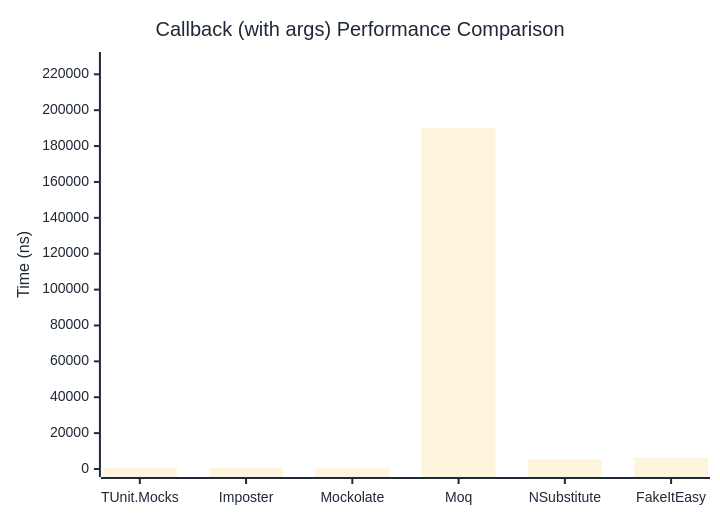
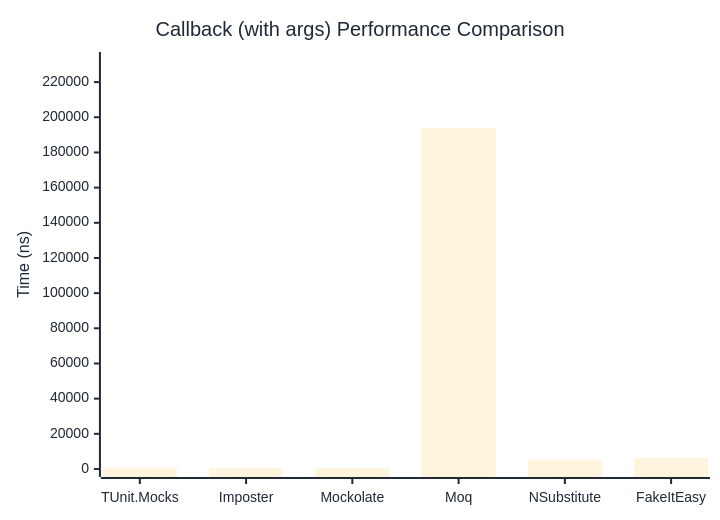
The second of 2 diagrams in docs/docs/benchmarks/mocks/Callback.md (thomhurst/TUnit), drawn with Mermaid before and after one commit. The commit also changed other lines of this file and 14 other files, not shown here.

````diff
--- a/docs/docs/benchmarks/mocks/Callback.md
+++ b/docs/docs/benchmarks/mocks/Callback.md
@@ -71,27 +71,27 @@
 ```mermaid
 %%{init: {
   'theme':'base',
   'themeVariables': {
     'primaryColor': '#2563eb',
     'primaryTextColor': '#1f2937',
     'primaryBorderColor': '#1e40af',
     'lineColor': '#6b7280',
     'secondaryColor': '#7c3aed',
     'tertiaryColor': '#dc2626',
     'background': '#ffffff',
     'pie1': '#2563eb',
     'pie2': '#7c3aed',
     'pie3': '#dc2626',
     'pie4': '#f59e0b',
     'pie5': '#10b981',
     'pie6': '#06b6d4',
     'pie7': '#ec4899',
     'pie8': '#6366f1'
   }
 }}%%
 xychart-beta
   title "Callback (with args) Performance Comparison"
   x-axis ["TUnit.Mocks", "Imposter", "Mockolate", "Moq", "NSubstitute", "FakeItEasy"]
-  y-axis "Time (ns)" 0 --> 227981
-  bar [770.1, 517, 389, 189983.8, 5334.5, 6365.2]
+  y-axis "Time (ns)" 0 --> 232567
+  bar [839.9, 552.3, 419.5, 193805.4, 5370.6, 6321.8]
 ```
````
